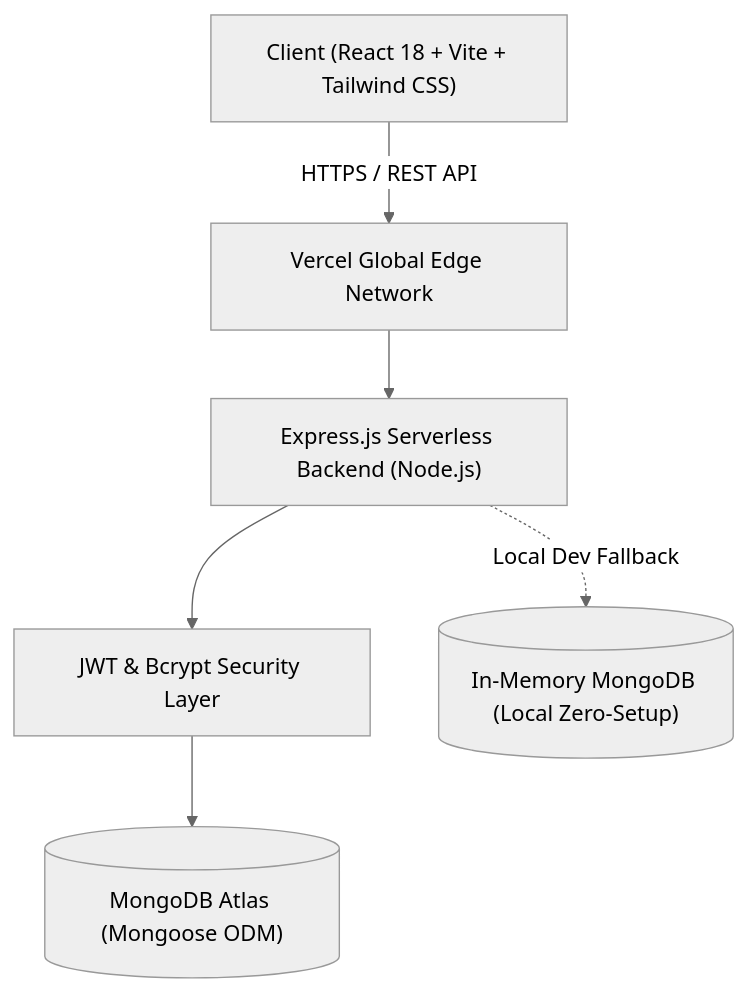
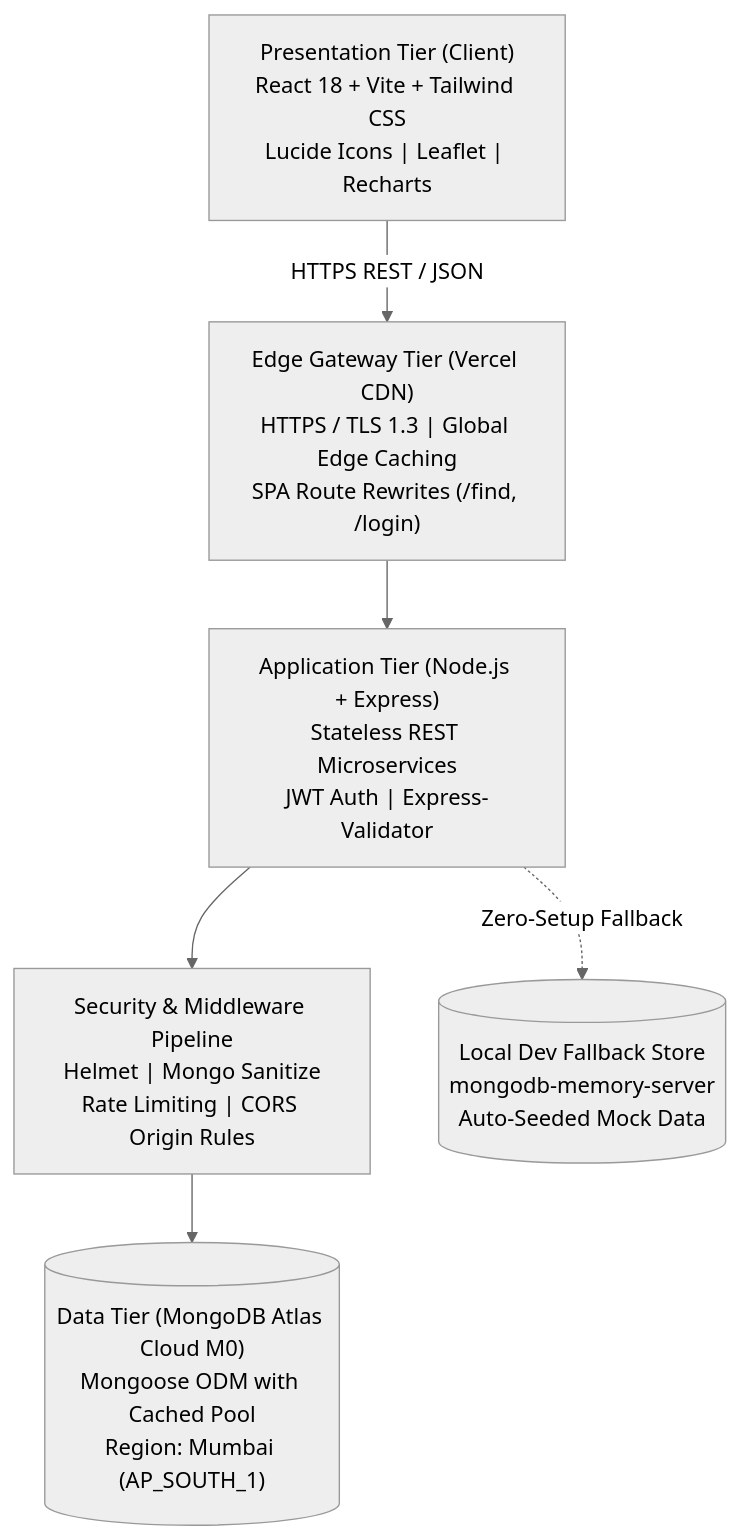
One commit to yuvanharshaj/FSD-PROJECT changed the first of 2 diagrams in docs/PROJECT_REPORT.md. Above: the diagram before and after it, drawn with Mermaid (neutral theme). The commit also changed other lines of this file and 3 other files, not shown here.

````diff
--- a/docs/PROJECT_REPORT.md
+++ b/docs/PROJECT_REPORT.md
@@ -20,15 +77,15 @@
 ```mermaid
 graph TD
-    Client["Client (React 18 + Vite + Tailwind CSS)"]
-    VercelEdge["Vercel Global Edge Network"]
-    Server["Express.js Serverless Backend (Node.js)"]
-    Auth["JWT & Bcrypt Security Layer"]
-    DB[("MongoDB Atlas (Mongoose ODM)")]
-    MemoryDB[("In-Memory MongoDB (Local Zero-Setup)")]
+    Client["Presentation Tier (Client)<br>React 18 + Vite + Tailwind CSS<br>Lucide Icons | Leaflet | Recharts"]
+    VercelEdge["Edge Gateway Tier (Vercel CDN)<br>HTTPS / TLS 1.3 | Global Edge Caching<br>SPA Route Rewrites (/find, /login)"]
+    Server["Application Tier (Node.js + Express)<br>Stateless REST Microservices<br>JWT Auth | Express-Validator"]
+    Security["Security & Middleware Pipeline<br>Helmet | Mongo Sanitize<br>Rate Limiting | CORS Origin Rules"]
+    DB[("Data Tier (MongoDB Atlas Cloud M0)<br>Mongoose ODM with Cached Pool<br>Region: Mumbai (AP_SOUTH_1)")]
+    MemoryDB[("Local Dev Fallback Store<br>mongodb-memory-server<br>Auto-Seeded Mock Data")]
 
-    Client -->|HTTPS / REST API| VercelEdge
+    Client -->|HTTPS REST / JSON| VercelEdge
     VercelEdge --> Server
-    Server --> Auth
-    Auth --> DB
-    Server -.->|Local Dev Fallback| MemoryDB
+    Server --> Security
+    Security --> DB
+    Server -.->|Zero-Setup Fallback| MemoryDB
 ```
````
